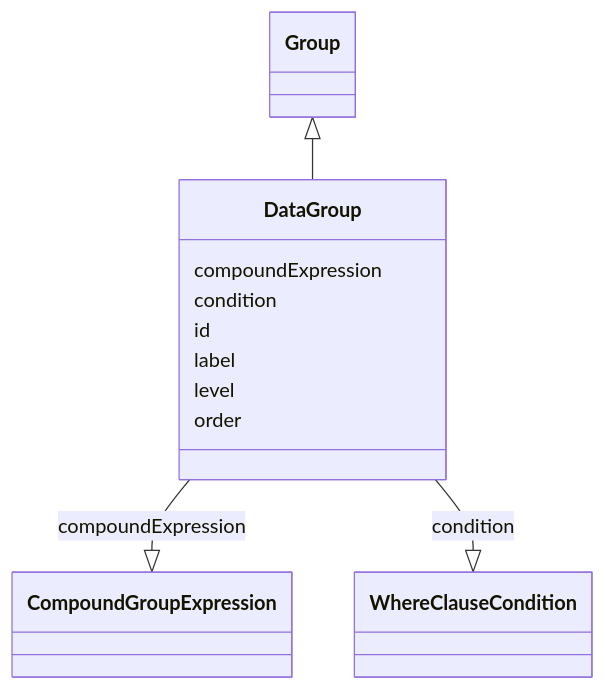
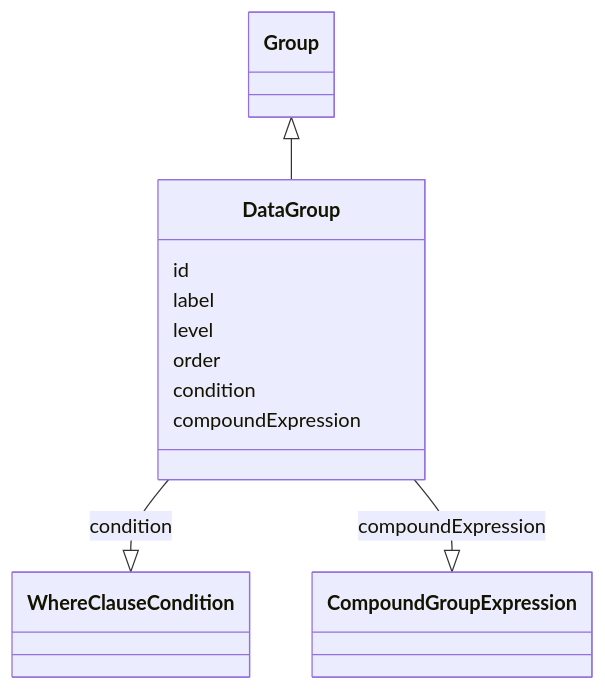
One commit to cdisc-org/analysis-results-standard changed the diagram in project/docs/DataGroup.md. Above: the diagram before and after it, drawn with Mermaid. The commit also changed other lines of this file and 192 other files, not shown here.

````diff
--- a/project/docs/DataGroup.md
+++ b/project/docs/DataGroup.md
@@ -15,23 +13,15 @@
 ```mermaid
  classDiagram
     class DataGroup
       Group <|-- DataGroup
-      
-      DataGroup : compoundExpression
+
+      DataGroup : id
+        DataGroup : label
+        DataGroup : level
+        DataGroup : order
+        DataGroup : condition
+        DataGroup --|> WhereClauseCondition : condition
+        DataGroup : compoundExpression
+        DataGroup --|> CompoundGroupExpression : compoundExpression
         
-          DataGroup --|> CompoundGroupExpression : compoundExpression
-        
-      DataGroup : condition
-        
-          DataGroup --|> WhereClauseCondition : condition
-        
-      DataGroup : id
-        
-      DataGroup : label
-        
-      DataGroup : level
-        
-      DataGroup : order
-        
-      
 ```
````
